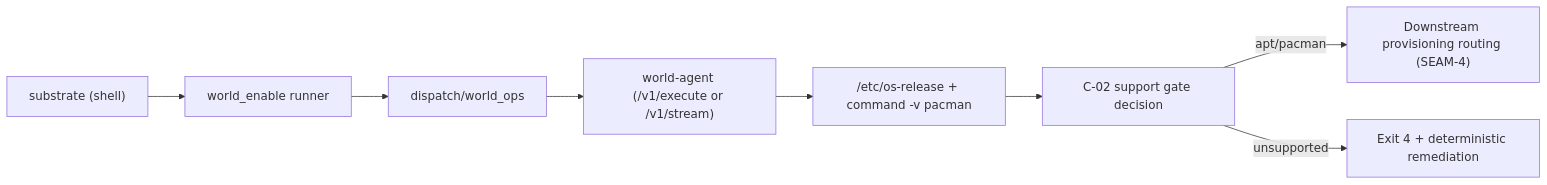
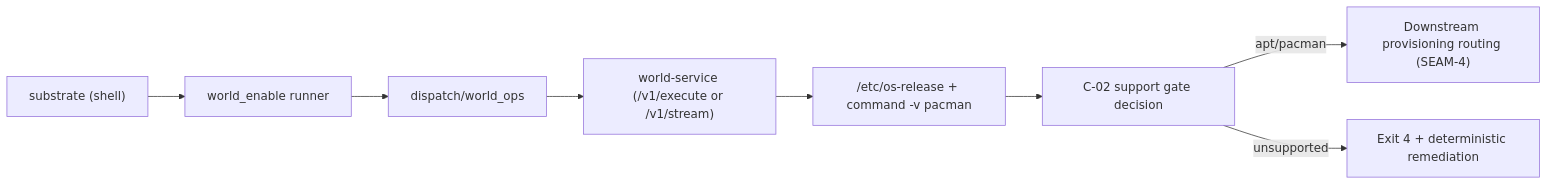
Before and after one commit to atomize-hq/substrate: the second of 2 diagrams in docs/project_management/packs/implemented/add-non-apt-system-package-provisioning-support-fse/threaded-seams/seam-2-world-manager-probe-support-gate/review.md, drawn with Mermaid. The commit also changed other lines of this file and 590 other files, not shown here.

````diff
--- a/docs/project_management/packs/implemented/add-non-apt-system-package-provisioning-support-fse/threaded-seams/seam-2-world-manager-probe-support-gate/review.md
+++ b/docs/project_management/packs/implemented/add-non-apt-system-package-provisioning-support-fse/threaded-seams/seam-2-world-manager-probe-support-gate/review.md
@@ -33,10 +33,10 @@
 ```mermaid
 flowchart LR
   CLI["substrate (shell)"] --> Runner["world_enable runner"]
   Runner --> Dispatch["dispatch/world_ops"]
-  Dispatch --> Agent["world-agent (/v1/execute or /v1/stream)"]
+  Dispatch --> Agent["world-service (/v1/execute or /v1/stream)"]
   Agent --> Probe["/etc/os-release + command -v pacman"]
   Probe --> Gate["C-02 support gate decision"]
   Gate -->|"apt/pacman"| Next["Downstream provisioning routing (SEAM-4)"]
   Gate -->|"unsupported"| Fail["Exit 4 + deterministic remediation"]
 ```
````
